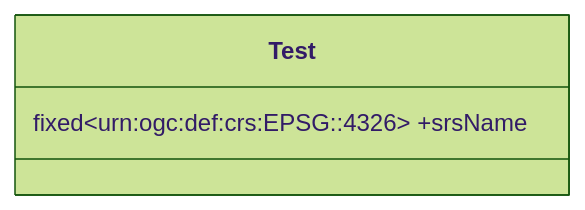
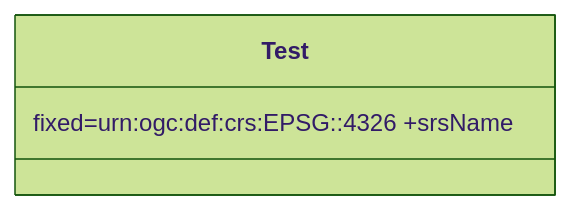
The first of 3 diagrams in docs/fixm/FIXM_UML_in_mermaid.md (du-lapin/test_docsify), drawn with Mermaid (forest theme) before and after one commit.

````diff
--- a/docs/fixm/FIXM_UML_in_mermaid.md
+++ b/docs/fixm/FIXM_UML_in_mermaid.md
@@ -4,5 +4,5 @@
 ```mermaid
 classDiagram
 class Test
-Test : fixed~urn#58;ogc#58;def#58;crs#58;EPSG#58;#58;4326~ +srsName
+Test : fixed#61;urn#58;ogc#58;def#58;crs#58;EPSG#58;#58;4326 +srsName
 ```
````
